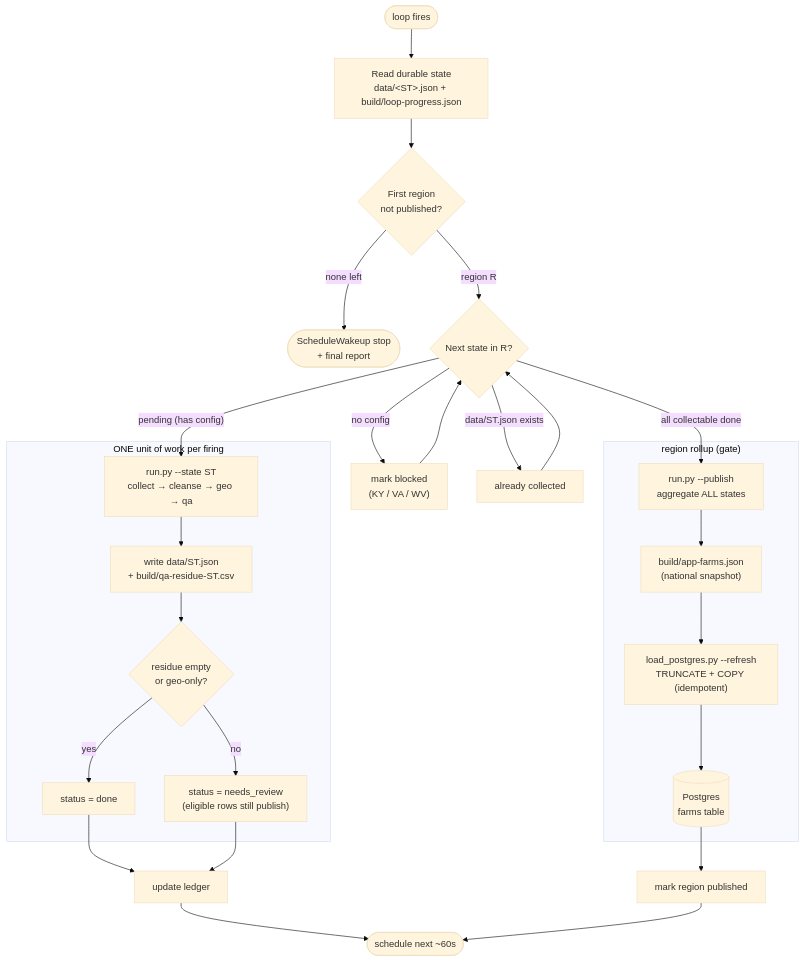
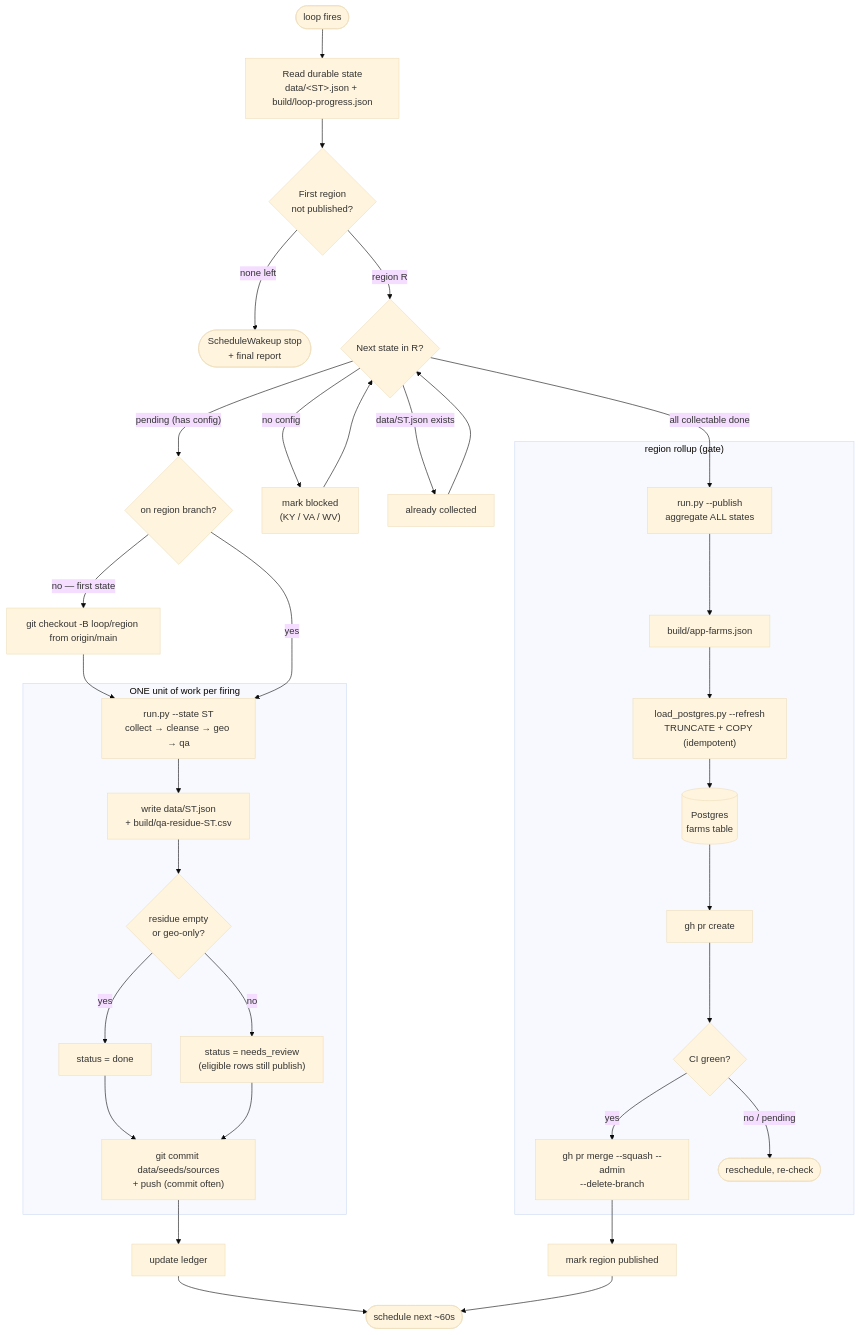
The diagram in 01-database/pipeline/handoff/LOOP-region-publish.md (WBHankins93/farm-finder), drawn with Mermaid (base theme) before and after one commit. The commit also changed other lines of this file, not shown here.

First line of the commit message:
Add per-region git workflow to loop: branch from main, commit per state, PR + merge

````diff
--- a/01-database/pipeline/handoff/LOOP-region-publish.md
+++ b/01-database/pipeline/handoff/LOOP-region-publish.md
@@ -40,28 +45,34 @@
 ```mermaid
 flowchart TD
     START([loop fires]) --> READ["Read durable state<br/>data/&lt;ST&gt;.json + build/loop-progress.json"]
     READ --> FRONT{"First region<br/>not published?"}
     FRONT -->|none left| STOP([ScheduleWakeup stop<br/>+ final report])
     FRONT -->|region R| PICK{"Next state in R?"}
 
     PICK -->|"no config"| BLOCK["mark blocked<br/>(KY / VA / WV)"] --> PICK
     PICK -->|"data/ST.json exists"| DONECHK[already collected] --> PICK
-    PICK -->|"pending (has config)"| COLLECT
+    PICK -->|"pending (has config)"| BRANCH{"on region branch?"}
+    BRANCH -->|"no — first state"| MKBRANCH["git checkout -B loop/region from origin/main"] --> COLLECT
+    BRANCH -->|yes| COLLECT
 
     subgraph UNIT["ONE unit of work per firing"]
       COLLECT["run.py --state ST<br/>collect → cleanse → geo → qa"] --> WRITE["write data/ST.json<br/>+ build/qa-residue-ST.csv"]
       WRITE --> GATE{"residue empty<br/>or geo-only?"}
       GATE -->|yes| SDONE["status = done"]
       GATE -->|no| SREV["status = needs_review<br/>(eligible rows still publish)"]
+      SDONE --> COMMIT["git commit data/seeds/sources<br/>+ push (commit often)"]
+      SREV --> COMMIT
     end
-    SDONE --> LEDGER[update ledger] --> NEXT([schedule next ~60s])
-    SREV --> LEDGER
+    COMMIT --> LEDGER[update ledger] --> NEXT([schedule next ~60s])
 
     PICK -->|"all collectable done"| PUB
     subgraph ROLLUP["region rollup (gate)"]
-      PUB["run.py --publish<br/>aggregate ALL states"] --> FEED["build/app-farms.json<br/>(national snapshot)"]
+      PUB["run.py --publish<br/>aggregate ALL states"] --> FEED["build/app-farms.json"]
       FEED --> LOAD["load_postgres.py --refresh<br/>TRUNCATE + COPY (idempotent)"]
       LOAD --> PG[("Postgres<br/>farms table")]
+      PG --> PR["gh pr create"] --> CHECKS{"CI green?"}
+      CHECKS -->|yes| MERGE["gh pr merge --squash --admin<br/>--delete-branch"]
+      CHECKS -->|"no / pending"| WAIT([reschedule, re-check])
     end
-    PG --> MARK["mark region published"] --> NEXT
+    MERGE --> MARK["mark region published"] --> NEXT
 ```
````
